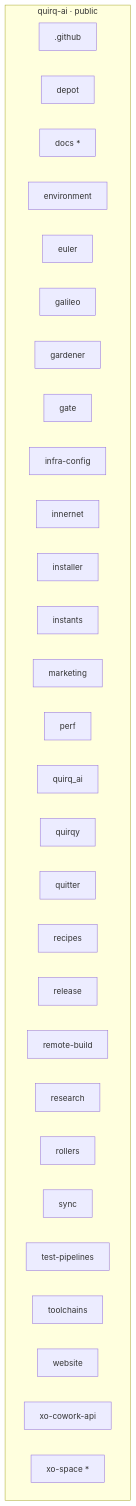
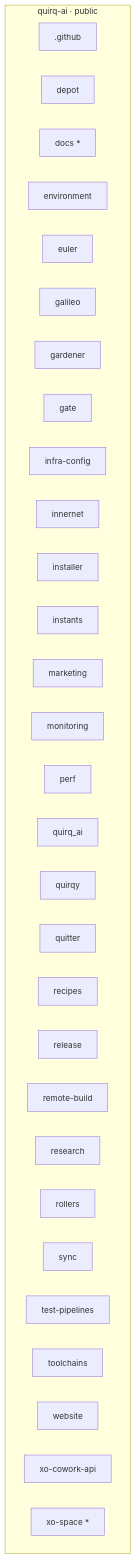
One commit to quirq-ai/wiki changed the first of 4 diagrams in README.md. Above: the diagram before and after it, drawn with Mermaid. The commit also changed other lines of this file and 1945 other files, not shown here.

````diff
--- a/README.md
+++ b/README.md
@@ -14,62 +14,64 @@
 ```mermaid
 flowchart LR
   subgraph public["quirq-ai · public"]
     direction LR
     github[".github"]
     depot["depot"]
     docs["docs *"]
     environment["environment"]
     euler["euler"]
     galileo["galileo"]
     gardener["gardener"]
     gate["gate"]
     infra_config["infra-config"]
     innernet["innernet"]
     installer["installer"]
     instants["instants"]
     marketing["marketing"]
+    monitoring["monitoring"]
     perf["perf"]
     quirq_ai["quirq_ai"]
     quirqy["quirqy"]
     quitter["quitter"]
     recipes["recipes"]
     release["release"]
     remote_build["remote-build"]
     research["research"]
     rollers["rollers"]
     sync["sync"]
     test_pipelines["test-pipelines"]
     toolchains["toolchains"]
     website["website"]
     xo_cowork_api["xo-cowork-api"]
     xo_space["xo-space *"]
   end
   click github "./.github/_index.md"
   click depot "./depot/_index.md"
   click docs "./docs/_index.md"
   click environment "./environment/_index.md"
   click euler "./euler/_index.md"
   click galileo "./galileo/_index.md"
   click gardener "./gardener/_index.md"
   click gate "./gate/_index.md"
   click infra_config "./infra-config/_index.md"
   click innernet "./innernet/_index.md"
   click installer "./installer/_index.md"
   click instants "./instants/_index.md"
   click marketing "./marketing/_index.md"
+  click monitoring "./monitoring/_index.md"
   click perf "./perf/_index.md"
   click quirq_ai "./quirq_ai/_index.md"
   click quirqy "./quirqy/_index.md"
   click quitter "./quitter/_index.md"
   click recipes "./recipes/_index.md"
   click release "./release/_index.md"
   click remote_build "./remote-build/_index.md"
   click research "./research/_index.md"
   click rollers "./rollers/_index.md"
   click sync "./sync/_index.md"
   click test_pipelines "./test-pipelines/_index.md"
   click toolchains "./toolchains/_index.md"
   click website "./website/_index.md"
   click xo_cowork_api "./xo-cowork-api/_index.md"
   click xo_space "./xo-space/_index.md"
 ```
````
